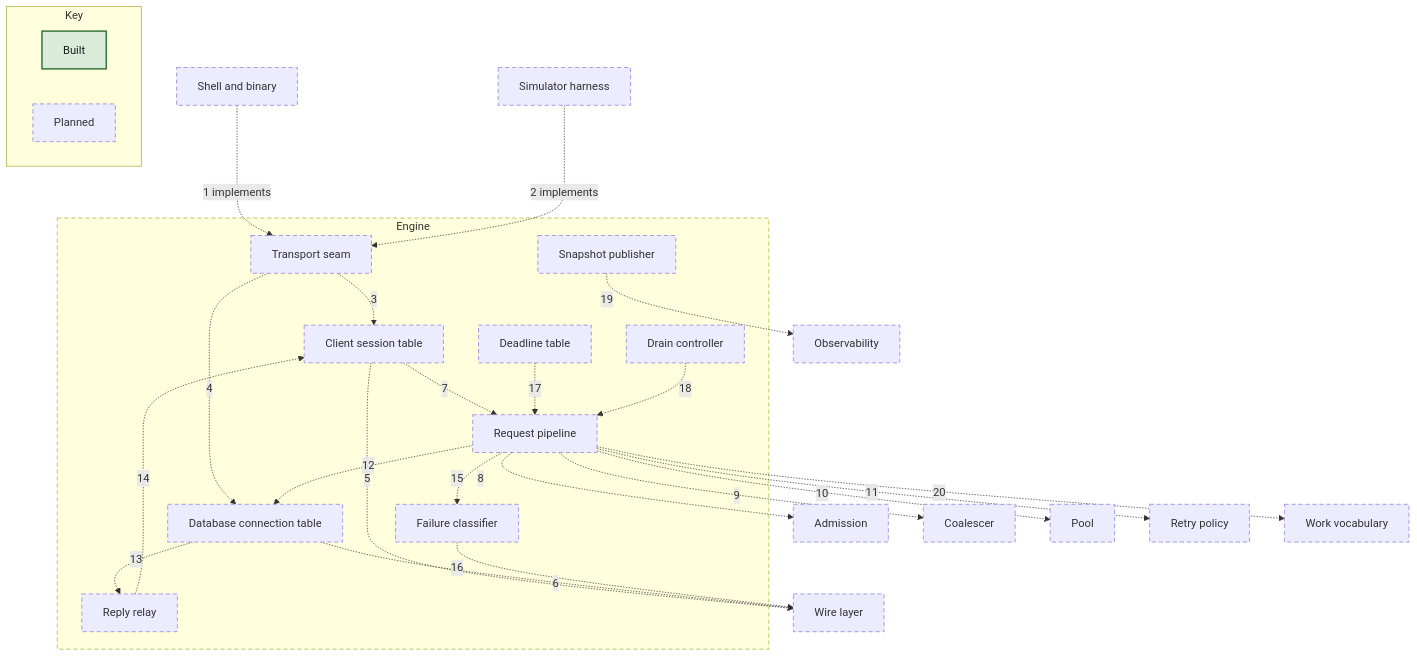
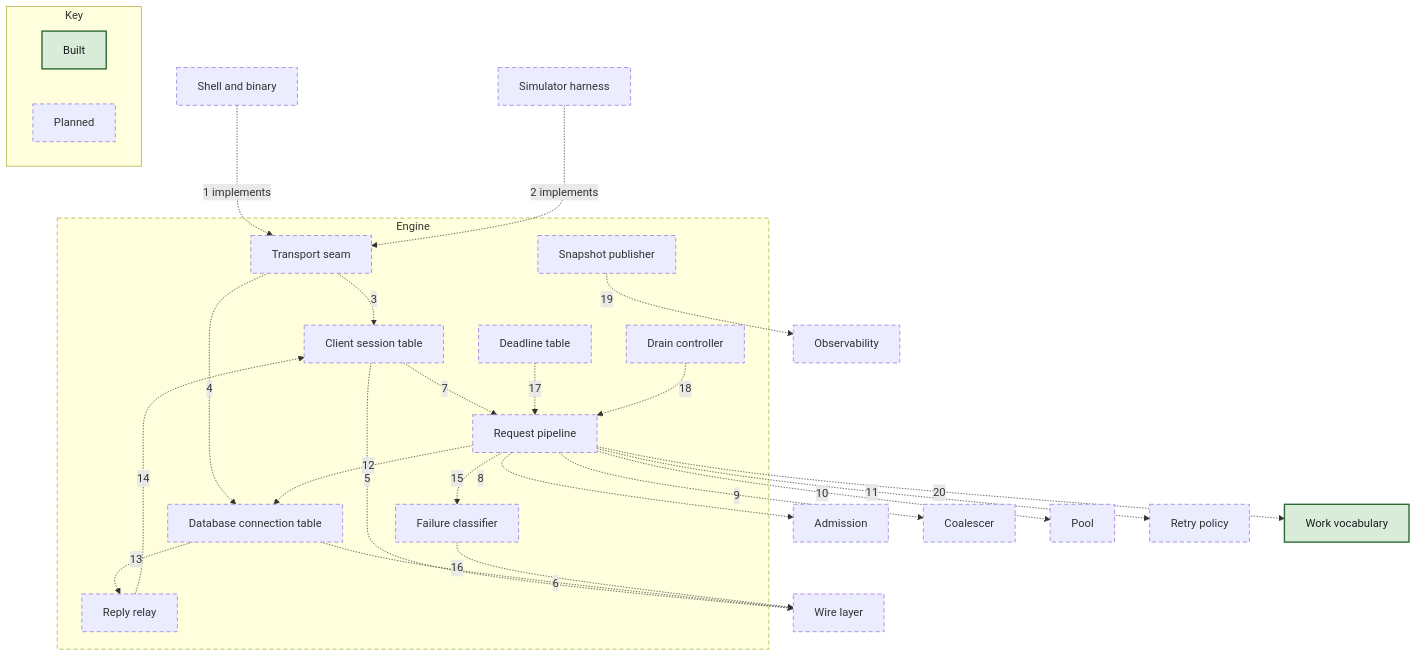
One commit to nickstrad/mini-gateway changed the diagram in docs/c4/diagrams/05-component-engine.mmd. Above: the diagram before and after it, drawn with Mermaid. The commit also changed 22 other files, not shown here.

Commit message:
c4: mark chunk 5 built (classifier, safe shape, error contract, work vocabulary) and correct the wire and observability diagrams

```diff
--- a/docs/c4/diagrams/05-component-engine.mmd
+++ b/docs/c4/diagrams/05-component-engine.mmd
@@ -1,48 +1,48 @@
 flowchart TB
   N_SHELL["Shell and binary"]:::planned
   N_SIM["Simulator harness"]:::planned
   N_PGWIRE["Wire layer"]:::planned
   N_ADM["Admission"]:::planned
   N_COAL["Coalescer"]:::planned
   N_POOL["Pool"]:::planned
   N_RETRY["Retry policy"]:::planned
   N_OBS["Observability"]:::planned
-  N_WORK["Work vocabulary"]:::planned
+  N_WORK["Work vocabulary"]:::built
   subgraph SCOPE["Engine"]
     E_TRANSPORT["Transport seam"]:::planned
     E_SESSIONS["Client session table"]:::planned
     E_BACKENDS["Database connection table"]:::planned
     E_PIPELINE["Request pipeline"]:::planned
     E_RELAY["Reply relay"]:::planned
     E_FAIL["Failure classifier"]:::planned
     E_CLOCK["Deadline table"]:::planned
     E_DRAIN["Drain controller"]:::planned
     E_PUBLISH["Snapshot publisher"]:::planned
   end
   N_SHELL -.->|1 implements| E_TRANSPORT
   N_SIM -.->|2 implements| E_TRANSPORT
   E_TRANSPORT -.->|3| E_SESSIONS
   E_TRANSPORT -.->|4| E_BACKENDS
   E_SESSIONS -.->|5| N_PGWIRE
   E_BACKENDS -.->|6| N_PGWIRE
   E_SESSIONS -.->|7| E_PIPELINE
   E_PIPELINE -.->|8| N_ADM
   E_PIPELINE -.->|9| N_COAL
   E_PIPELINE -.->|10| N_POOL
   E_PIPELINE -.->|11| N_RETRY
   E_PIPELINE -.->|12| E_BACKENDS
   E_BACKENDS -.->|13| E_RELAY
   E_RELAY -.->|14| E_SESSIONS
   E_PIPELINE -.->|15| E_FAIL
   E_FAIL -.->|16| N_PGWIRE
   E_CLOCK -.->|17| E_PIPELINE
   E_DRAIN -.->|18| E_PIPELINE
   E_PUBLISH -.->|19| N_OBS
   E_PIPELINE -.->|20| N_WORK
   subgraph KEY["Key"]
     KEY_BUILT["Built"]:::built
     KEY_PLANNED["Planned"]:::planned
   end
   classDef built fill:#d9ecd9,stroke:#2e6b34,stroke-width:2px,color:#1c1e21
   classDef planned stroke-width:1px,stroke-dasharray:6 4
   style SCOPE stroke-dasharray:6 4
```
